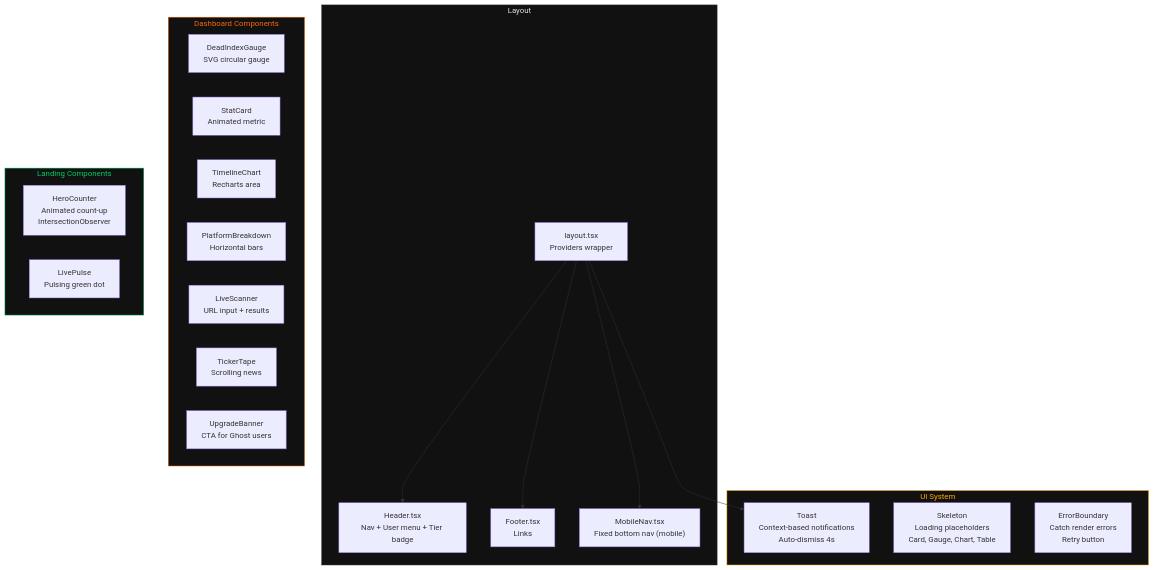
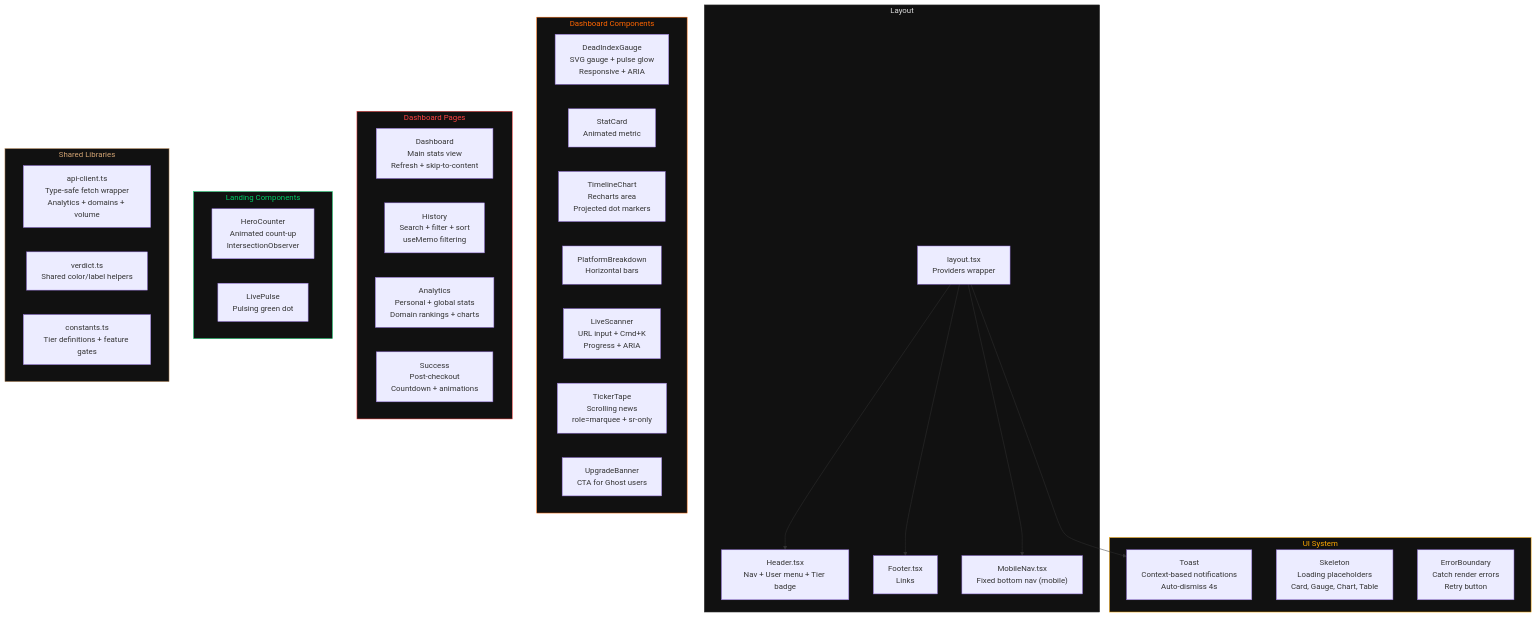
One commit to nabz0r/deadinternet.report changed the ninth of 10 diagrams in docs/ARCHITECTURE.md. Above: the diagram before and after it, drawn with Mermaid. The commit also changed other lines of this file and 3 other files, not shown here.

````diff
--- a/docs/ARCHITECTURE.md
+++ b/docs/ARCHITECTURE.md
@@ -337,40 +431,55 @@
 ```mermaid
 graph TB
     subgraph Layout["Layout"]
         RootLayout["layout.tsx<br/>Providers wrapper"]
         Header["Header.tsx<br/>Nav + User menu + Tier badge"]
         Footer["Footer.tsx<br/>Links"]
         MobileNav["MobileNav.tsx<br/>Fixed bottom nav (mobile)"]
     end
 
     subgraph Dashboard["Dashboard Components"]
-        Gauge["DeadIndexGauge<br/>SVG circular gauge"]
+        Gauge["DeadIndexGauge<br/>SVG gauge + pulse glow<br/>Responsive + ARIA"]
         StatCard["StatCard<br/>Animated metric"]
-        Timeline["TimelineChart<br/>Recharts area"]
+        Timeline["TimelineChart<br/>Recharts area<br/>Projected dot markers"]
         Platform["PlatformBreakdown<br/>Horizontal bars"]
-        LiveScan["LiveScanner<br/>URL input + results"]
-        Ticker["TickerTape<br/>Scrolling news"]
+        LiveScan["LiveScanner<br/>URL input + Cmd+K<br/>Progress + ARIA"]
+        Ticker["TickerTape<br/>Scrolling news<br/>role=marquee + sr-only"]
         Upgrade["UpgradeBanner<br/>CTA for Ghost users"]
+    end
+
+    subgraph Pages["Dashboard Pages"]
+        DashPage["Dashboard<br/>Main stats view<br/>Refresh + skip-to-content"]
+        HistoryPage["History<br/>Search + filter + sort<br/>useMemo filtering"]
+        AnalyticsPage["Analytics<br/>Personal + global stats<br/>Domain rankings + charts"]
+        SuccessPage["Success<br/>Post-checkout<br/>Countdown + animations"]
     end
 
     subgraph Landing["Landing Components"]
         HeroCounter["HeroCounter<br/>Animated count-up<br/>IntersectionObserver"]
         LivePulse["LivePulse<br/>Pulsing green dot"]
     end
 
     subgraph UI["UI System"]
         Toast["Toast<br/>Context-based notifications<br/>Auto-dismiss 4s"]
         Skeleton["Skeleton<br/>Loading placeholders<br/>Card, Gauge, Chart, Table"]
         ErrorBound["ErrorBoundary<br/>Catch render errors<br/>Retry button"]
     end
 
+    subgraph Lib["Shared Libraries"]
+        APIClient["api-client.ts<br/>Type-safe fetch wrapper<br/>Analytics + domains + volume"]
+        Verdict["verdict.ts<br/>Shared color/label helpers"]
+        Constants["constants.ts<br/>Tier definitions + feature gates"]
+    end
+
     RootLayout --> Header
     RootLayout --> Footer
     RootLayout --> MobileNav
     RootLayout --> Toast
 
     style Layout fill:#111,color:#e0e0e0,stroke:#333
     style Dashboard fill:#111,color:#ff6600,stroke:#ff6600
+    style Pages fill:#111,color:#ff4444,stroke:#ff4444
     style Landing fill:#111,color:#00cc66,stroke:#00cc66
     style UI fill:#111,color:#ffaa00,stroke:#ffaa00
+    style Lib fill:#111,color:#d4a574,stroke:#d4a574
 ```
````
